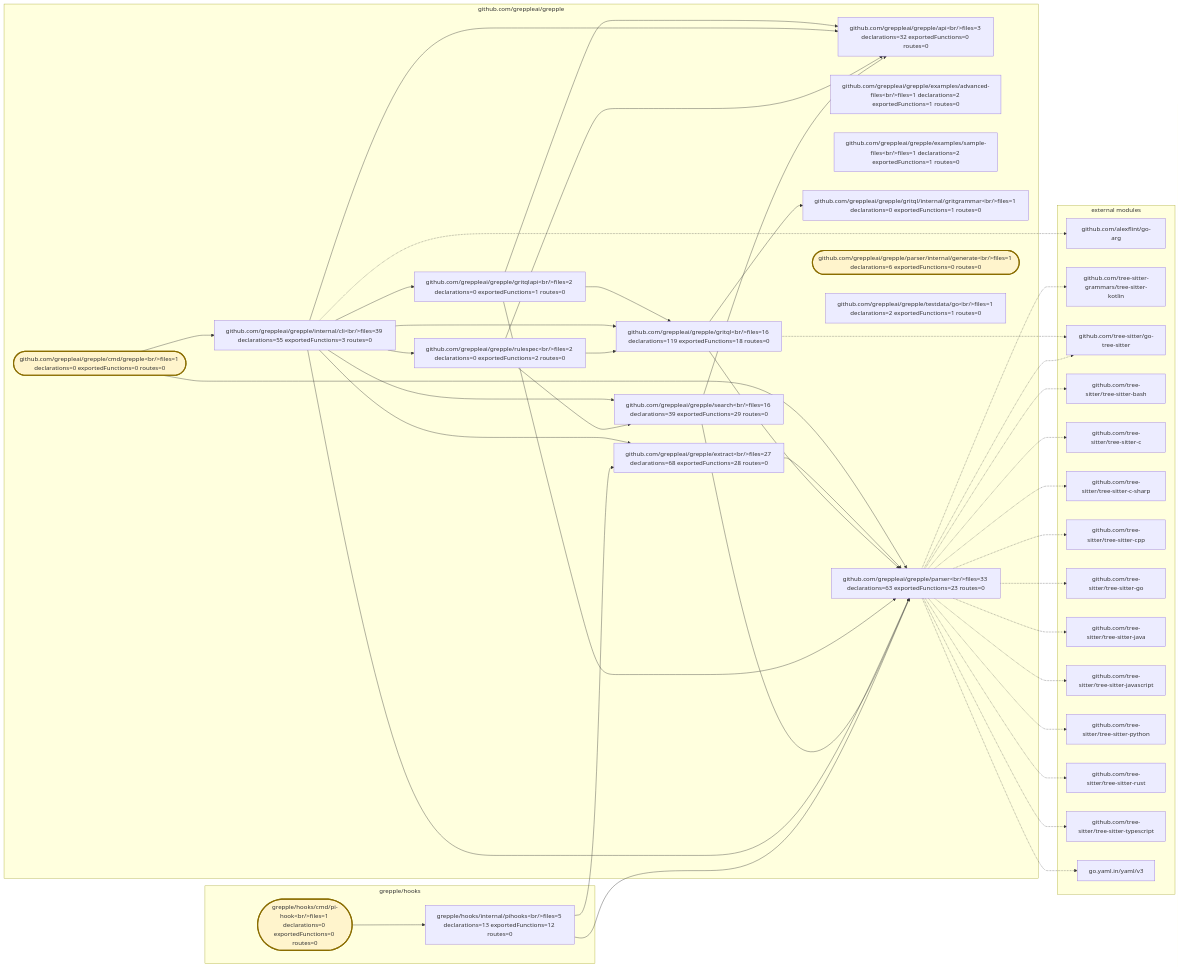
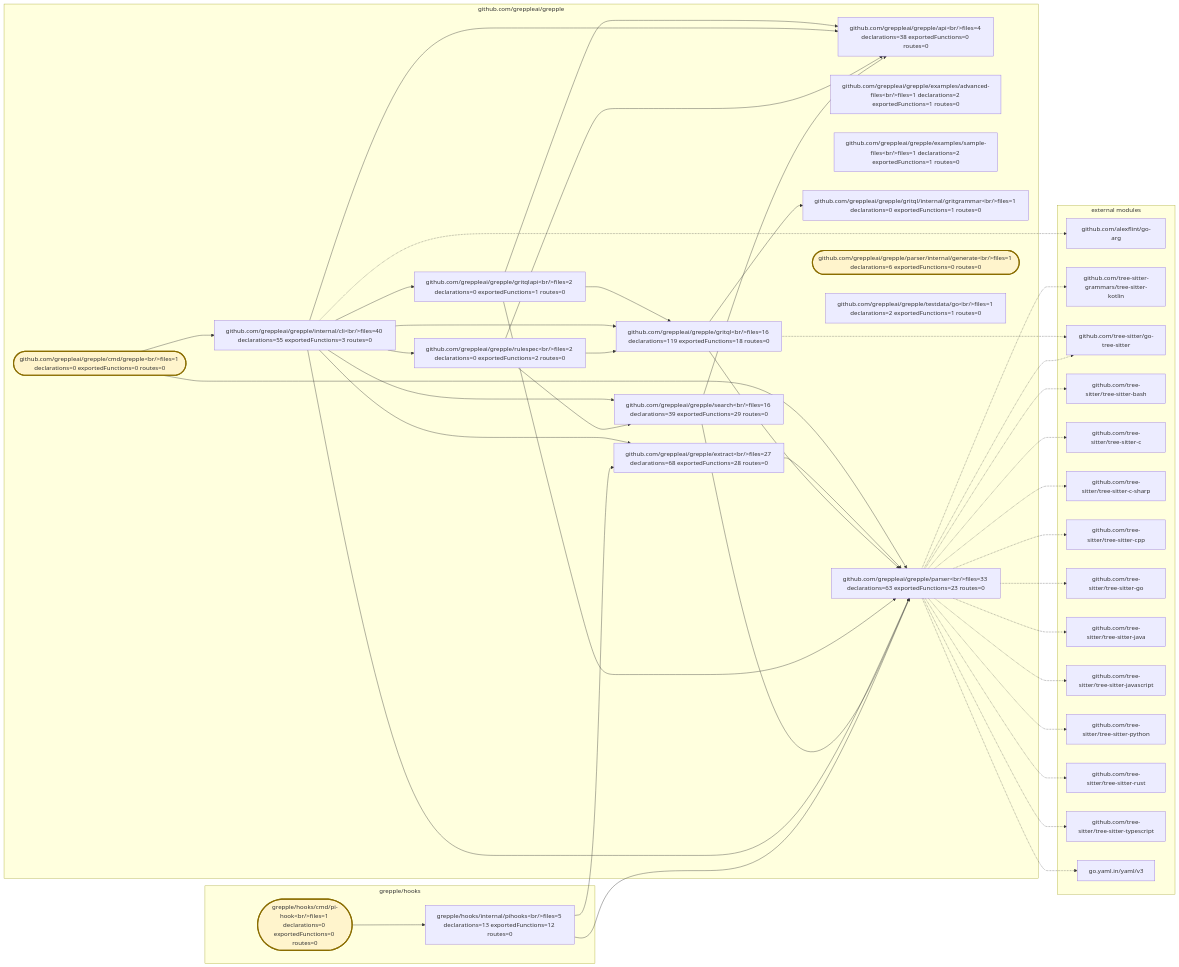
The diagram in .grepple/project.workspace/overview.mmd (greppleai/grepple), drawn with Mermaid before and after one commit. The commit also changed 33 other files, not shown here.

```diff
--- a/.grepple/project.workspace/overview.mmd
+++ b/.grepple/project.workspace/overview.mmd
@@ -1,79 +1,79 @@
 flowchart LR
     classDef entrypoint fill:#fff4cc,stroke:#8a6d00,stroke-width:3px
     subgraph module_0["github.com/greppleai/grepple"]
-        package_0["github.com/greppleai/grepple/api&lt;br/&gt;files=3 declarations=32 exportedFunctions=0 routes=0"]
+        package_0["github.com/greppleai/grepple/api&lt;br/&gt;files=4 declarations=38 exportedFunctions=0 routes=0"]
         package_1(["github.com/greppleai/grepple/cmd/grepple&lt;br/&gt;files=1 declarations=0 exportedFunctions=0 routes=0"])
         class package_1 entrypoint
         package_2["github.com/greppleai/grepple/examples/advanced-files&lt;br/&gt;files=1 declarations=2 exportedFunctions=1 routes=0"]
         package_3["github.com/greppleai/grepple/examples/sample-files&lt;br/&gt;files=1 declarations=2 exportedFunctions=1 routes=0"]
         package_4["github.com/greppleai/grepple/extract&lt;br/&gt;files=27 declarations=68 exportedFunctions=28 routes=0"]
         package_5["github.com/greppleai/grepple/gritql&lt;br/&gt;files=16 declarations=119 exportedFunctions=18 routes=0"]
         package_6["github.com/greppleai/grepple/gritql/internal/gritgrammar&lt;br/&gt;files=1 declarations=0 exportedFunctions=1 routes=0"]
         package_7["github.com/greppleai/grepple/gritqlapi&lt;br/&gt;files=2 declarations=0 exportedFunctions=1 routes=0"]
-        package_8["github.com/greppleai/grepple/internal/cli&lt;br/&gt;files=39 declarations=55 exportedFunctions=3 routes=0"]
+        package_8["github.com/greppleai/grepple/internal/cli&lt;br/&gt;files=40 declarations=55 exportedFunctions=3 routes=0"]
         package_9["github.com/greppleai/grepple/parser&lt;br/&gt;files=33 declarations=63 exportedFunctions=23 routes=0"]
         package_10(["github.com/greppleai/grepple/parser/internal/generate&lt;br/&gt;files=1 declarations=6 exportedFunctions=0 routes=0"])
         class package_10 entrypoint
         package_11["github.com/greppleai/grepple/rulespec&lt;br/&gt;files=2 declarations=0 exportedFunctions=2 routes=0"]
         package_12["github.com/greppleai/grepple/search&lt;br/&gt;files=16 declarations=39 exportedFunctions=29 routes=0"]
         package_13["github.com/greppleai/grepple/testdata/go&lt;br/&gt;files=1 declarations=2 exportedFunctions=1 routes=0"]
     end
     subgraph module_1["grepple/hooks"]
         package_14(["grepple/hooks/cmd/pi-hook&lt;br/&gt;files=1 declarations=0 exportedFunctions=0 routes=0"])
         class package_14 entrypoint
         package_15["grepple/hooks/internal/pihooks&lt;br/&gt;files=5 declarations=13 exportedFunctions=12 routes=0"]
     end
     package_1 --> package_8
     package_1 --> package_9
     package_4 --> package_9
     package_5 --> package_6
     package_5 --> package_9
     package_7 --> package_0
     package_7 --> package_5
     package_7 --> package_9
     package_8 --> package_0
     package_8 --> package_4
     package_8 --> package_5
     package_8 --> package_7
     package_8 --> package_9
     package_8 --> package_11
     package_8 --> package_12
     package_11 --> package_0
     package_11 --> package_5
     package_11 --> package_12
     package_12 --> package_0
     package_12 --> package_9
     package_14 --> package_15
     package_15 --> package_4
     package_15 --> package_9
     subgraph external_dependencies["external modules"]
         external_0["github.com/alexflint/go-arg"]
         external_1["github.com/tree-sitter-grammars/tree-sitter-kotlin"]
         external_2["github.com/tree-sitter/go-tree-sitter"]
         external_3["github.com/tree-sitter/tree-sitter-bash"]
         external_4["github.com/tree-sitter/tree-sitter-c"]
         external_5["github.com/tree-sitter/tree-sitter-c-sharp"]
         external_6["github.com/tree-sitter/tree-sitter-cpp"]
         external_7["github.com/tree-sitter/tree-sitter-go"]
         external_8["github.com/tree-sitter/tree-sitter-java"]
         external_9["github.com/tree-sitter/tree-sitter-javascript"]
         external_10["github.com/tree-sitter/tree-sitter-python"]
         external_11["github.com/tree-sitter/tree-sitter-rust"]
         external_12["github.com/tree-sitter/tree-sitter-typescript"]
         external_13["go.yaml.in/yaml/v3"]
     end
     package_8 -.-> external_0
     package_9 -.-> external_1
     package_5 -.-> external_2
     package_9 -.-> external_2
     package_9 -.-> external_3
     package_9 -.-> external_4
     package_9 -.-> external_5
     package_9 -.-> external_6
     package_9 -.-> external_7
     package_9 -.-> external_8
     package_9 -.-> external_9
     package_9 -.-> external_10
     package_9 -.-> external_11
     package_9 -.-> external_12
     package_9 -.-> external_13
```
